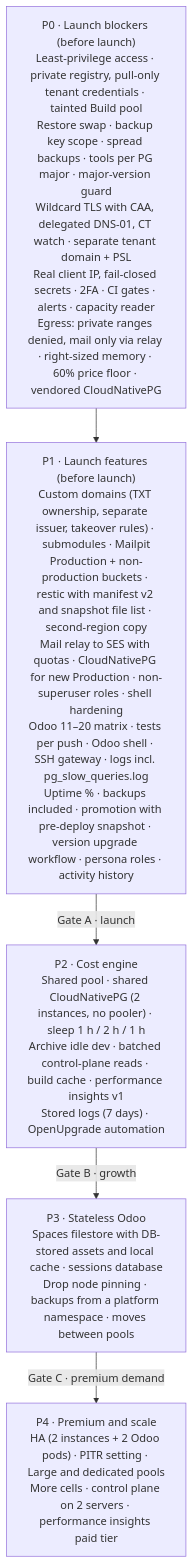
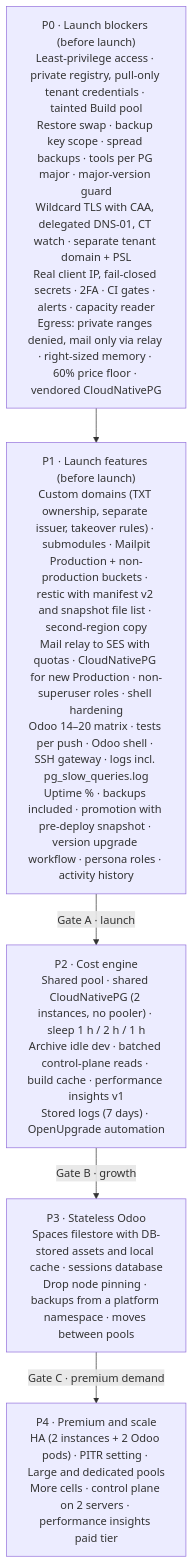
Before and after one commit to moutazmuhammad/odoo-saas-platform: the second of 2 diagrams in ARCHITECTURE-TARGET.md, drawn with Mermaid. The commit also changed other lines of this file and 1 other file, not shown here.

First line of the commit message:
Plans: the platform sells Odoo 14-20 (was 11-20)

````diff
--- a/ARCHITECTURE-TARGET.md
+++ b/ARCHITECTURE-TARGET.md
@@ -670,12 +670,12 @@
 ```mermaid
 flowchart TD
     P0["P0 · Launch blockers (before launch)<br/>Least-privilege access · private registry, pull-only tenant credentials · tainted Build pool<br/>Restore swap · backup key scope · spread backups · tools per PG major · major-version guard<br/>Wildcard TLS with CAA, delegated DNS-01, CT watch · separate tenant domain + PSL<br/>Real client IP, fail-closed secrets · 2FA · CI gates · alerts · capacity reader<br/>Egress: private ranges denied, mail only via relay · right-sized memory · 60% price floor · vendored CloudNativePG"]
-    P1["P1 · Launch features (before launch)<br/>Custom domains (TXT ownership, separate issuer, takeover rules) · submodules · Mailpit<br/>Production + non-production buckets · restic with manifest v2 and snapshot file list · second-region copy<br/>Mail relay to SES with quotas · CloudNativePG for new Production · non-superuser roles · shell hardening<br/>Odoo 11–20 matrix · tests per push · Odoo shell · SSH gateway · logs incl. pg_slow_queries.log<br/>Uptime % · backups included · promotion with pre-deploy snapshot · version upgrade workflow · persona roles · activity history"]
+    P1["P1 · Launch features (before launch)<br/>Custom domains (TXT ownership, separate issuer, takeover rules) · submodules · Mailpit<br/>Production + non-production buckets · restic with manifest v2 and snapshot file list · second-region copy<br/>Mail relay to SES with quotas · CloudNativePG for new Production · non-superuser roles · shell hardening<br/>Odoo 14–20 matrix · tests per push · Odoo shell · SSH gateway · logs incl. pg_slow_queries.log<br/>Uptime % · backups included · promotion with pre-deploy snapshot · version upgrade workflow · persona roles · activity history"]
     P2["P2 · Cost engine<br/>Shared pool · shared CloudNativePG (2 instances, no pooler) · sleep 1 h / 2 h / 1 h<br/>Archive idle dev · batched control-plane reads · build cache · performance insights v1<br/>Stored logs (7 days) · OpenUpgrade automation"]
     P3["P3 · Stateless Odoo<br/>Spaces filestore with DB-stored assets and local cache · sessions database<br/>Drop node pinning · backups from a platform namespace · moves between pools"]
     P4["P4 · Premium and scale<br/>HA (2 instances + 2 Odoo pods) · PITR setting · Large and dedicated pools<br/>More cells · control plane on 2 servers · performance insights paid tier"]
     P0 --> P1
     P1 -- "Gate A · launch" --> P2
     P2 -- "Gate B · growth" --> P3
     P3 -- "Gate C · premium demand" --> P4
 ```
````
